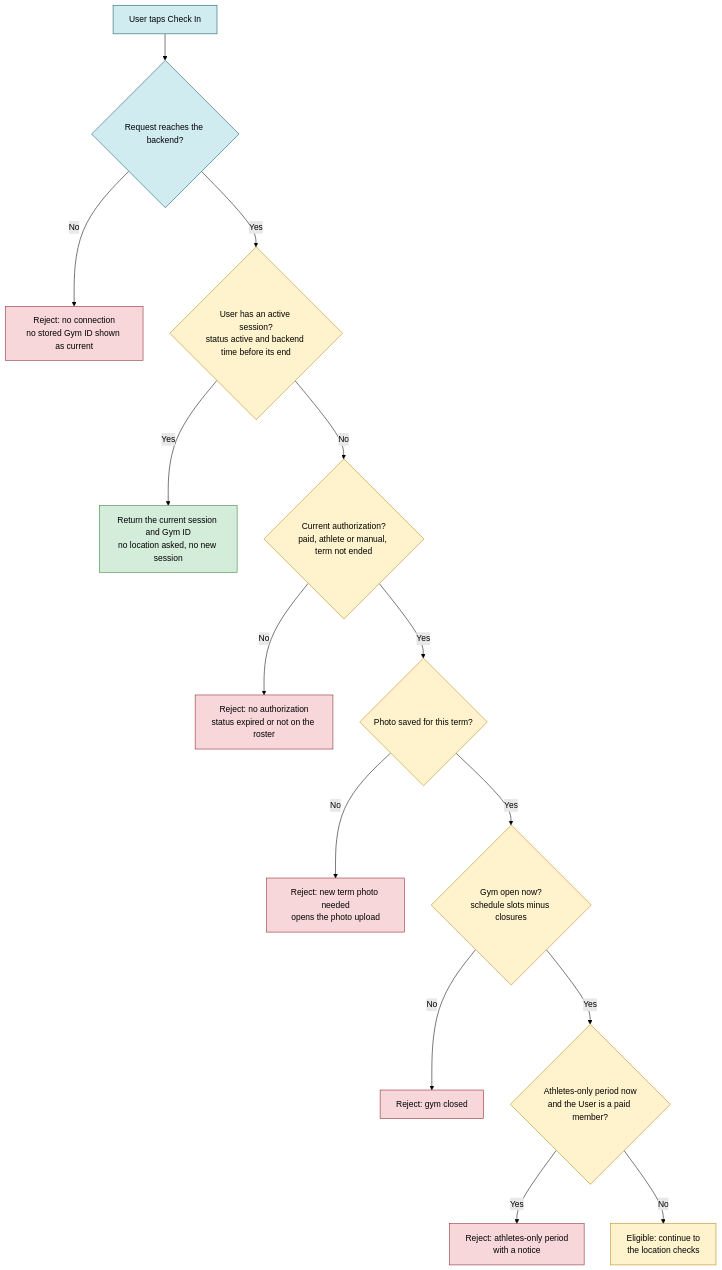
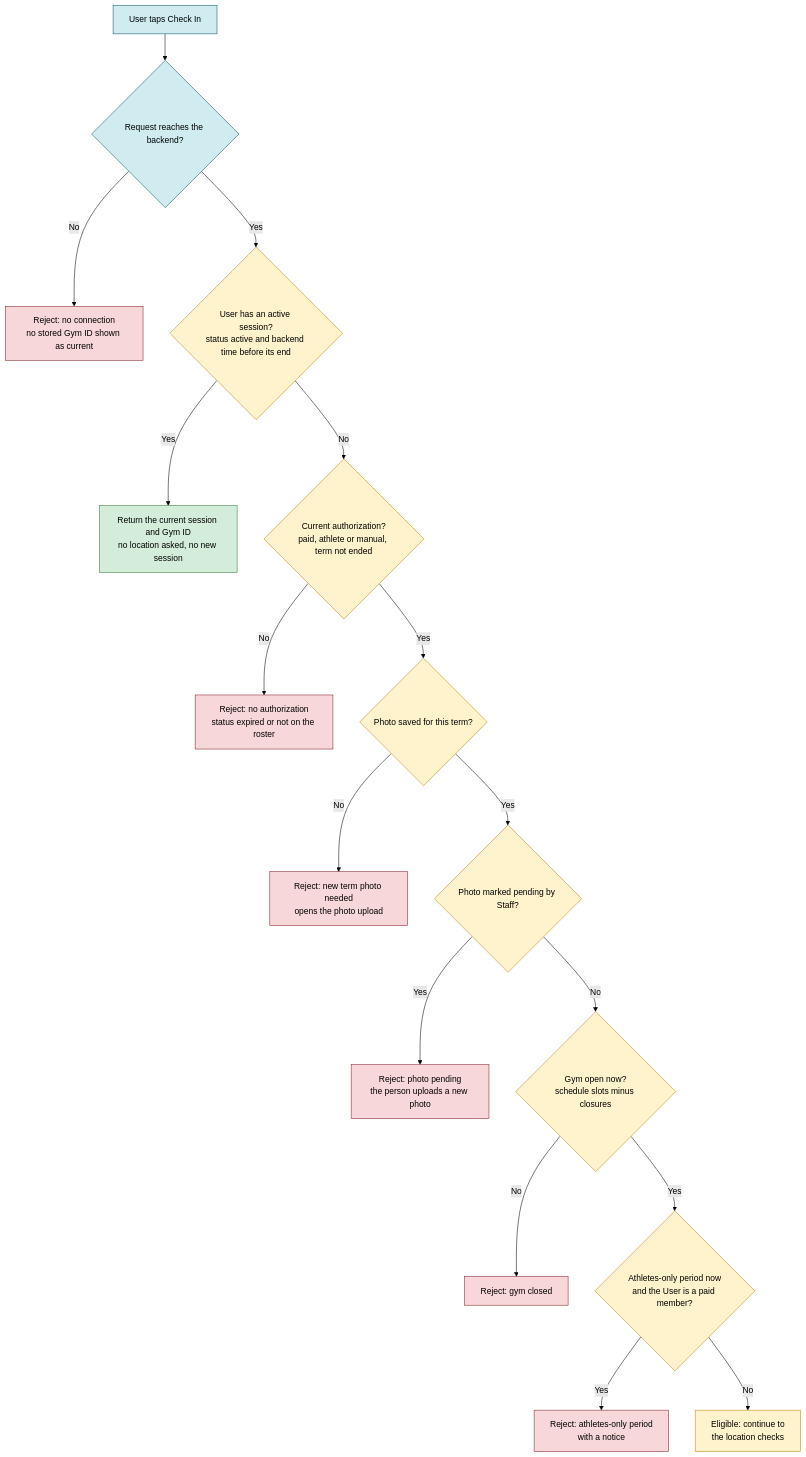
One commit to Th3-Minorities/natatorio-gym-app changed the first of 12 diagrams in docs/design/check-in-flows.md. Above: the diagram before and after it, drawn with Mermaid (forest theme). The commit also changed other lines of this file and 8 other files, not shown here.

````diff
--- a/docs/design/check-in-flows.md
+++ b/docs/design/check-in-flows.md
@@ -13,25 +13,27 @@
 ```mermaid
 flowchart TD
   A["User taps Check In"] --> B{"Request reaches the backend?"}
   B -- "No" --> R1["Reject: no connection<br/>no stored Gym ID shown as current"]
   B -- "Yes" --> C{"User has an active session?<br/>status active and backend time before its end"}
   C -- "Yes" --> S0["Return the current session and Gym ID<br/>no location asked, no new session"]
   C -- "No" --> D{"Current authorization?<br/>paid, athlete or manual, term not ended"}
   D -- "No" --> R2["Reject: no authorization<br/>status expired or not on the roster"]
   D -- "Yes" --> E{"Photo saved for this term?"}
   E -- "No" --> R3["Reject: new term photo needed<br/>opens the photo upload"]
-  E -- "Yes" --> F{"Gym open now?<br/>schedule slots minus closures"}
+  E -- "Yes" --> E2{"Photo marked pending by Staff?"}
+  E2 -- "Yes" --> R3b["Reject: photo pending<br/>the person uploads a new photo"]
+  E2 -- "No" --> F{"Gym open now?<br/>schedule slots minus closures"}
   F -- "No" --> R4["Reject: gym closed"]
   F -- "Yes" --> G{"Athletes-only period now<br/>and the User is a paid member?"}
   G -- "Yes" --> R5["Reject: athletes-only period<br/>with a notice"]
   G -- "No" --> L["Eligible: continue to<br/>the location checks"]
 
   classDef client fill:#d1ecf1,stroke:#0c5460,color:#000
   classDef back fill:#fff3cd,stroke:#b8860b,color:#000
   classDef reject fill:#f8d7da,stroke:#842029,color:#000
   classDef ok fill:#d4edda,stroke:#2e7d32,color:#000
   class A,B client
-  class C,D,E,F,G,L back
-  class R1,R2,R3,R4,R5 reject
+  class C,D,E,E2,F,G,L back
+  class R1,R2,R3,R3b,R4,R5 reject
   class S0 ok
 ```
````
